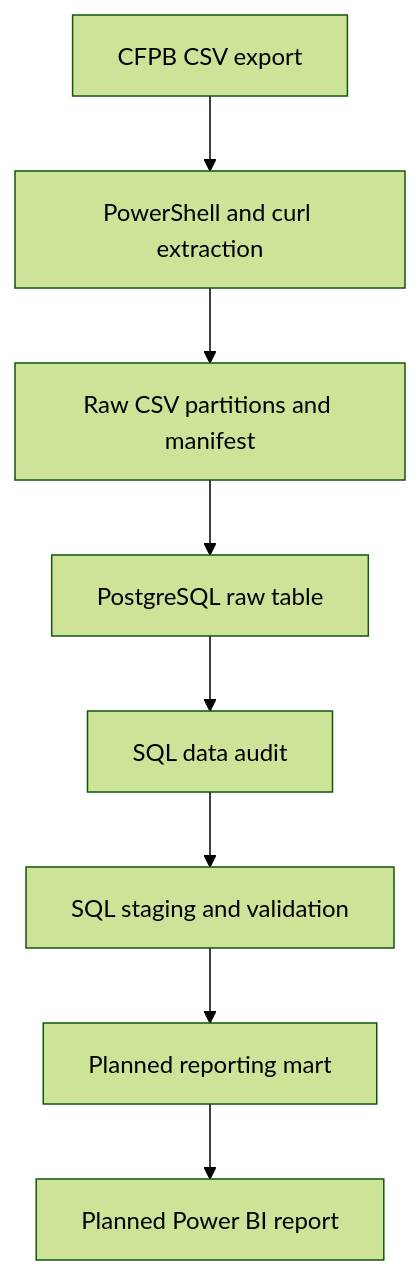
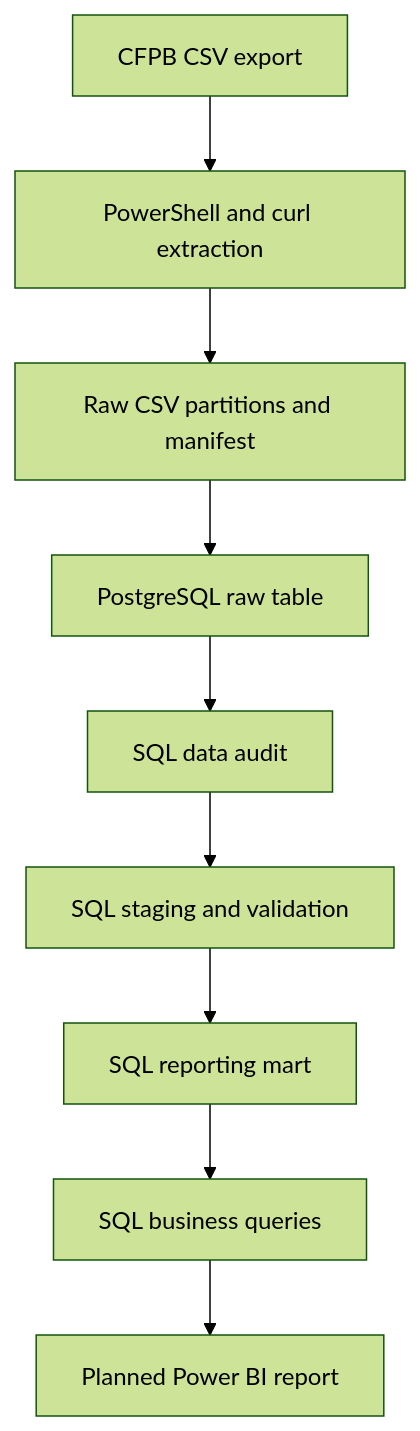
The diagram in README.md (valentinarias-dtsc/financial-complaints-analytics), drawn with Mermaid (forest theme) before and after one commit. The commit also changed other lines of this file, not shown here.

Commit message:
docs: reflect reporting and analysis SQL

````diff
--- a/README.md
+++ b/README.md
@@ -61,10 +63,11 @@
 ```mermaid
 flowchart TD
     A[CFPB CSV export] --> B[PowerShell and curl extraction]
     B --> C[Raw CSV partitions and manifest]
     C --> D[PostgreSQL raw table]
     D --> E[SQL data audit]
     E --> F[SQL staging and validation]
-    F --> G[Planned reporting mart]
-    G --> H[Planned Power BI report]
+    F --> G[SQL reporting mart]
+    G --> H[SQL business queries]
+    H --> I[Planned Power BI report]
 ```
````
